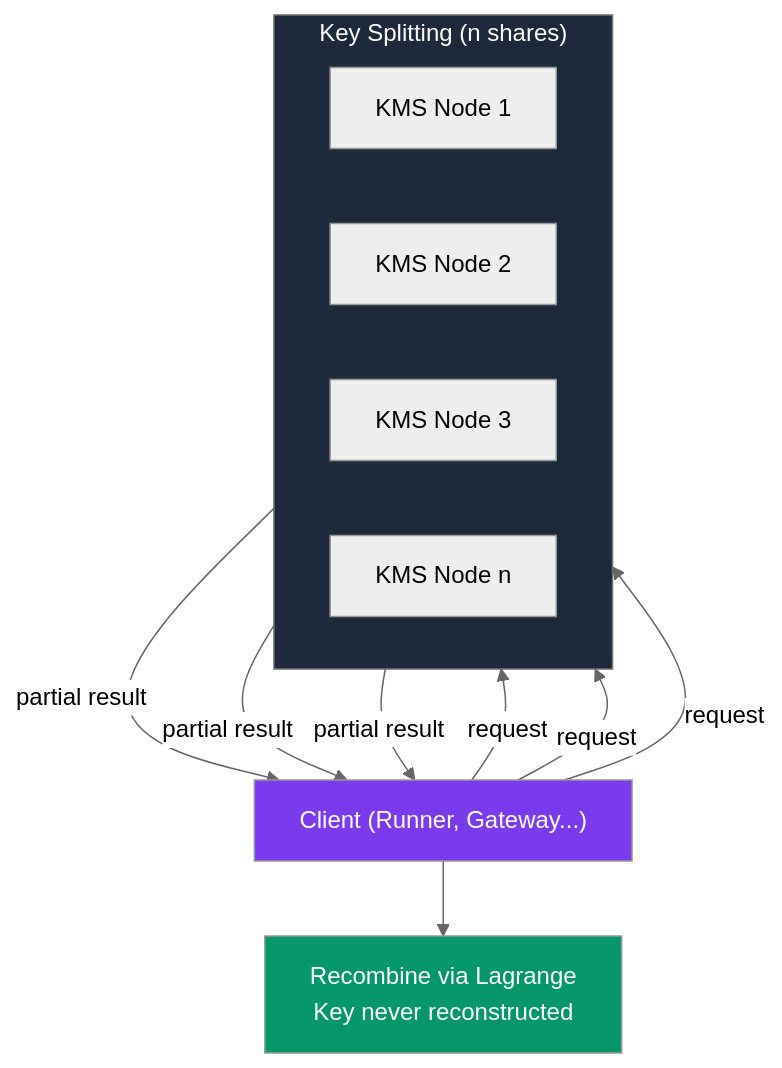
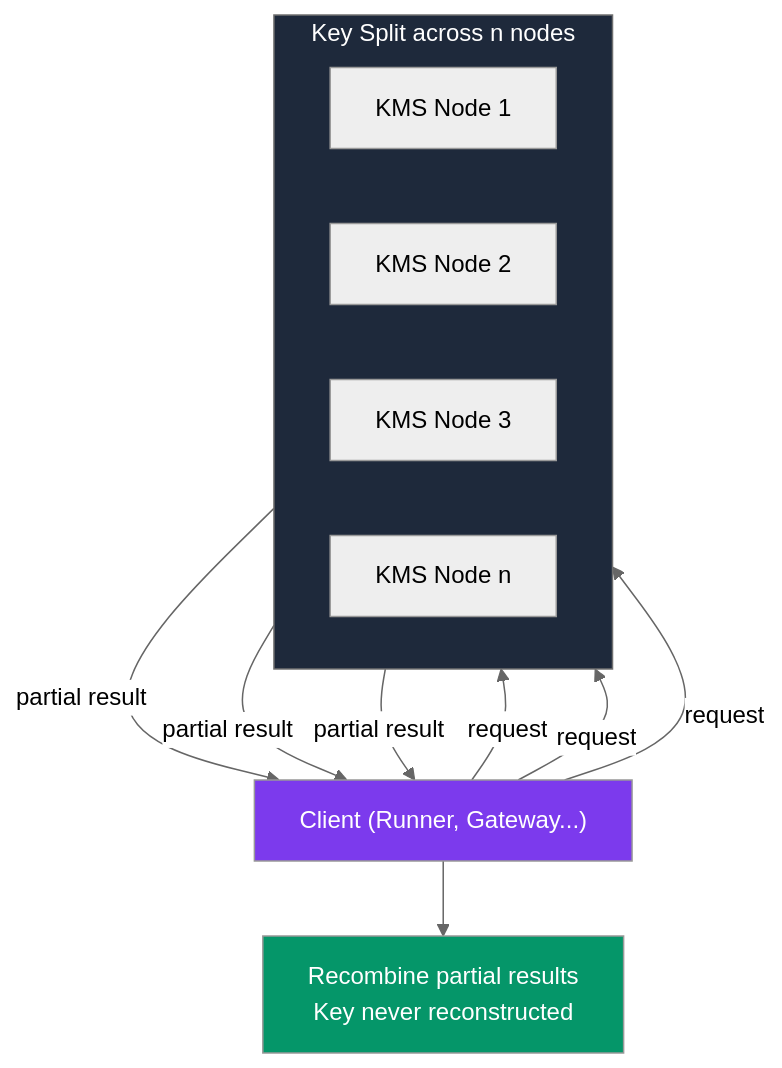
One commit to iExec-Nox/documentation changed the second of 6 diagrams in src/protocol/protocol-vision.md. Above: the diagram before and after it, drawn with Mermaid (neutral theme). The commit also changed other lines of this file, not shown here.

Commit message:
fix: enhance key management section with algorithm evolution and threshold distribution details

````diff
--- a/src/protocol/protocol-vision.md
+++ b/src/protocol/protocol-vision.md
@@ -101,26 +109,26 @@
 ```mermaid
 flowchart TB
-    subgraph split ["Key Splitting (n shares)"]
+    subgraph split ["Key Split across n nodes"]
         direction LR
         S1["KMS Node 1"]
         S2["KMS Node 2"]
         S3["KMS Node 3"]
         SN["KMS Node n"]
     end
 
     Client["Client (Runner, Gateway...)"]
 
     Client --> |request| S1
     Client --> |request| S2
     Client --> |request| S3
 
     S1 --> |partial result| Client
     S2 --> |partial result| Client
     S3 --> |partial result| Client
 
-    Client --> OUT["Recombine via Lagrange<br/>Key never reconstructed"]
+    Client --> OUT["Recombine partial results<br/>Key never reconstructed"]
 
     style split fill:#1e293b,color:#fff
     style Client fill:#7c3aed,color:#fff
     style OUT fill:#059669,color:#fff
 ```
````
